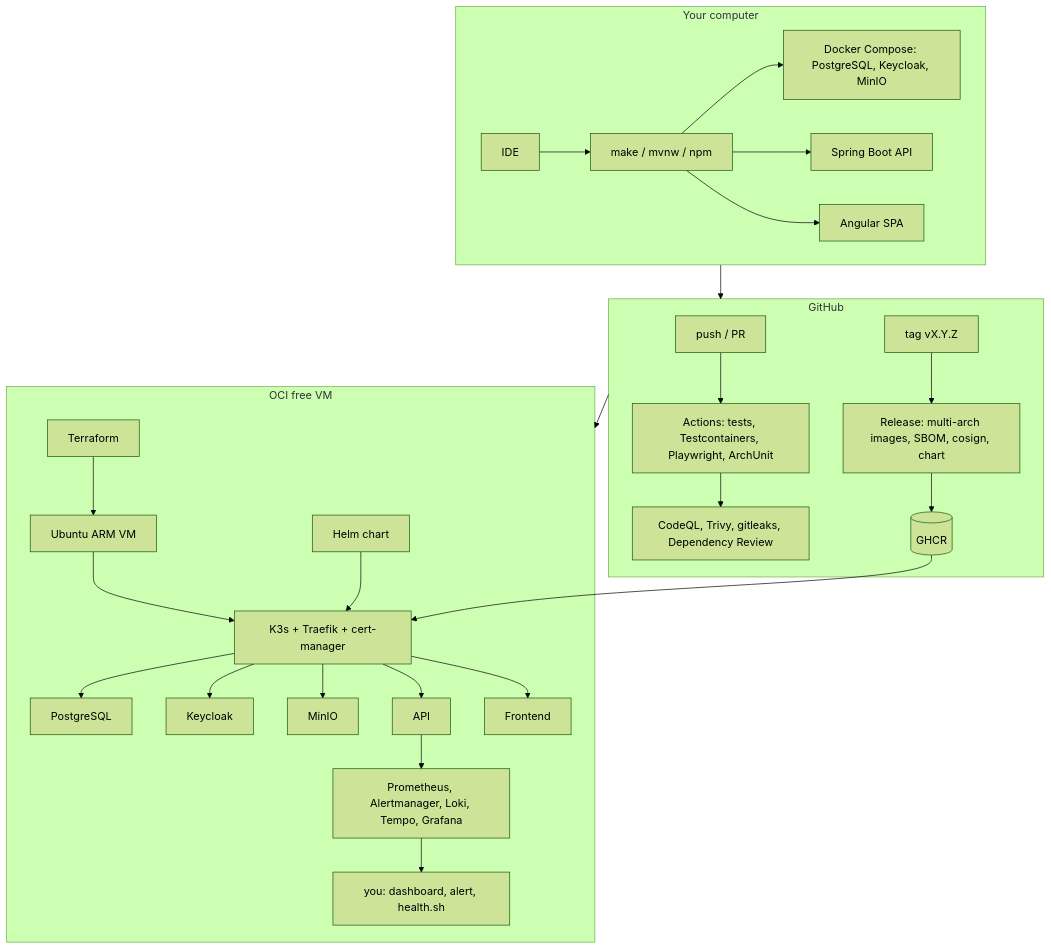
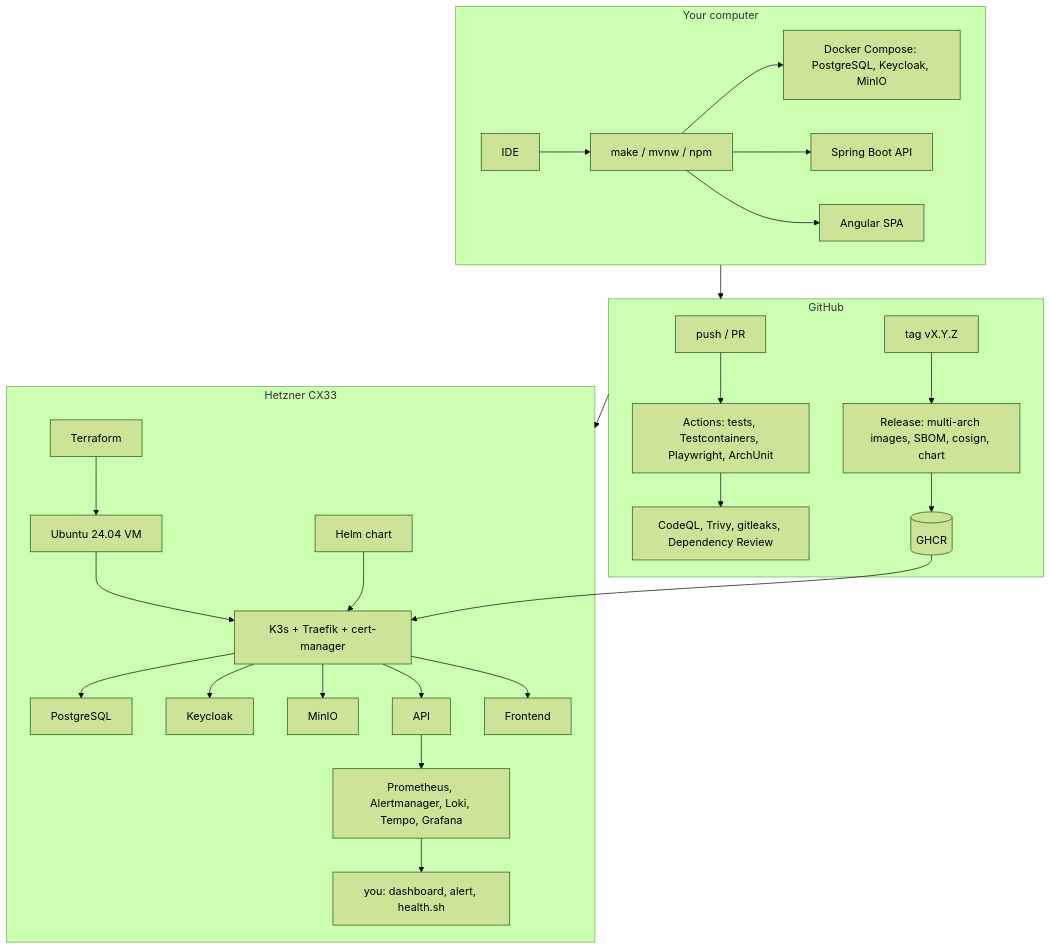
The diagram in docs/TOOLS-AND-LIBRARIES.md (Janaka2/spring-angular-production-blueprint), drawn with Mermaid (forest theme) before and after one commit. The commit also changed other lines of this file and 26 other files, not shown here.

````diff
--- a/docs/TOOLS-AND-LIBRARIES.md
+++ b/docs/TOOLS-AND-LIBRARIES.md
@@ -132,25 +132,25 @@
 ```mermaid
 flowchart TB
     subgraph dev [Your computer]
       IDE[IDE] --> MAKE[make / mvnw / npm]
       MAKE --> DC[Docker Compose: PostgreSQL, Keycloak, MinIO]
       MAKE --> API[Spring Boot API]
       MAKE --> SPA[Angular SPA]
     end
     subgraph gh [GitHub]
       PUSH[push / PR] --> CI[Actions: tests, Testcontainers, Playwright, ArchUnit]
       CI --> SEC[CodeQL, Trivy, gitleaks, Dependency Review]
       TAG[tag vX.Y.Z] --> REL[Release: multi-arch images, SBOM, cosign, chart]
       REL --> GHCR[(GHCR)]
     end
-    subgraph prod [OCI free VM]
-      TF[Terraform] --> VM[Ubuntu ARM VM]
+    subgraph prod [Hetzner CX33]
+      TF[Terraform] --> VM[Ubuntu 24.04 VM]
       VM --> K3S[K3s + Traefik + cert-manager]
       HELM[Helm chart] --> K3S
       GHCR --> K3S
       K3S --> P[PostgreSQL] & KC[Keycloak] & M[MinIO] & A[API] & F[Frontend]
       A --> OBS[Prometheus, Alertmanager, Loki, Tempo, Grafana]
       OBS --> YOU[you: dashboard, alert, health.sh]
     end
     dev --> gh --> prod
 ```
````
